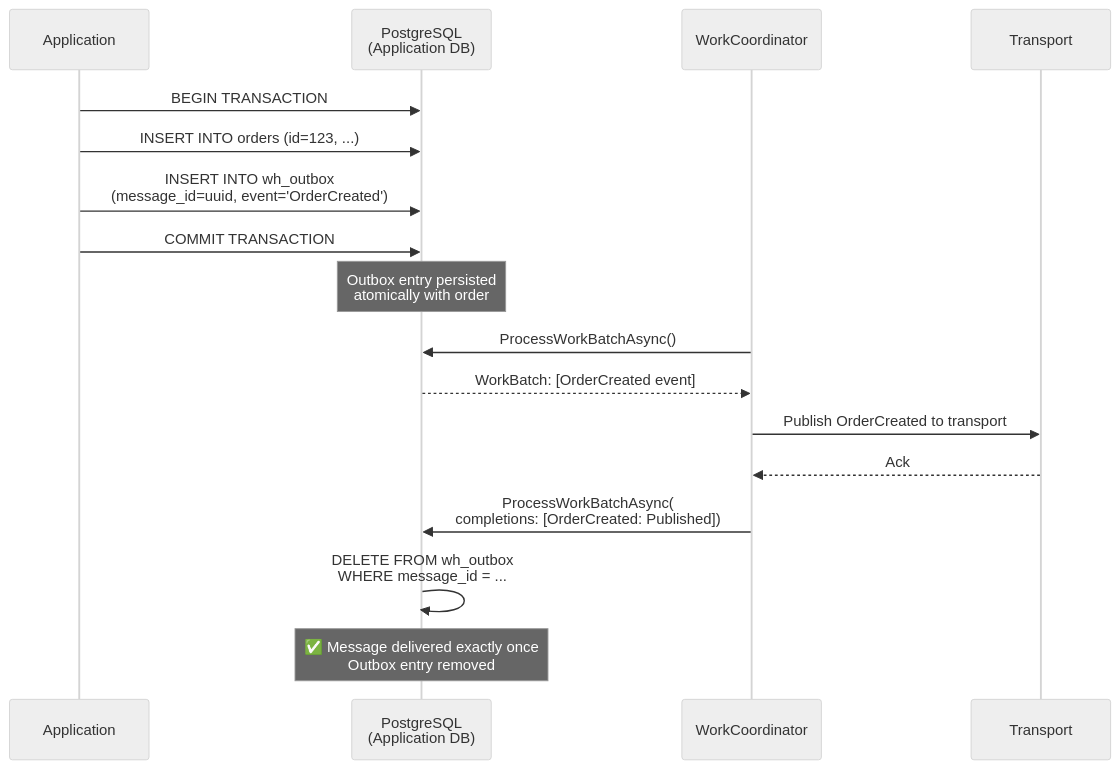
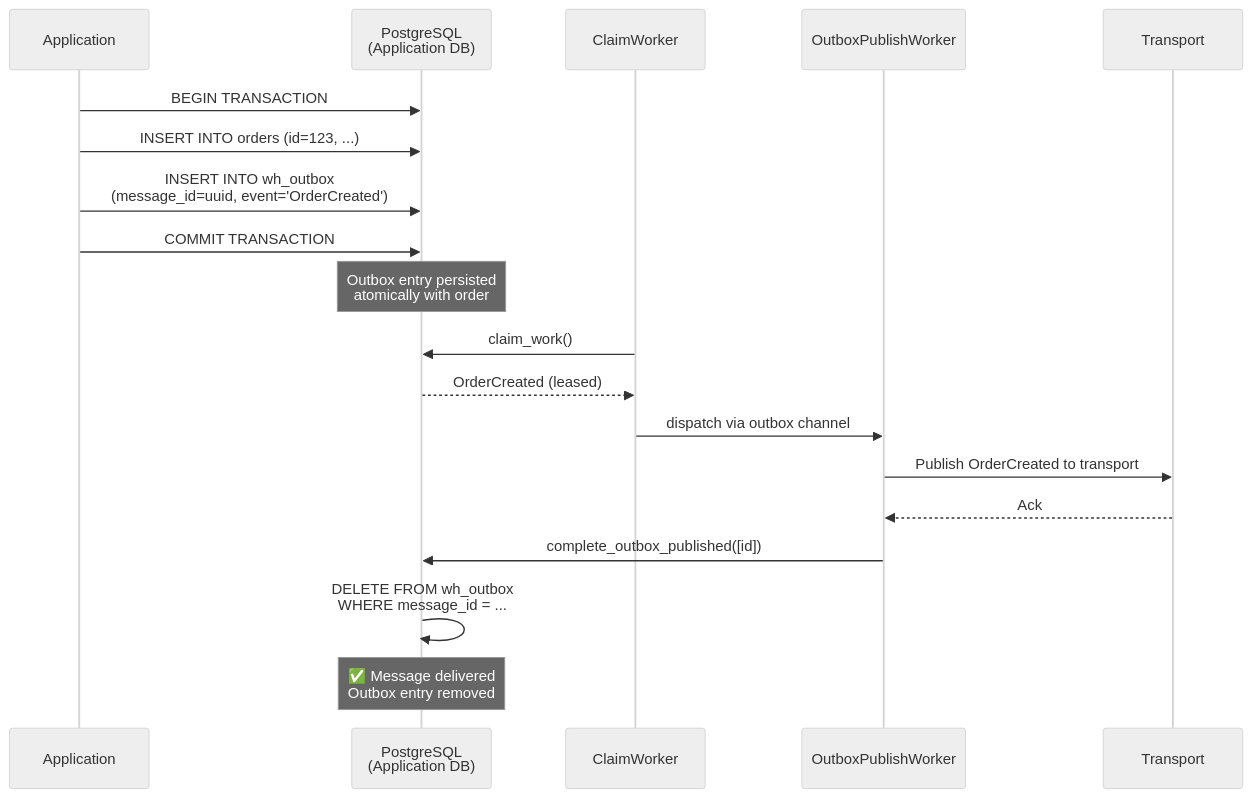
Before and after one commit to whizbang-lib/whizbang-lib.github.io: the third of 3 diagrams in src/assets/docs/v1.0.0/messaging/idempotency-patterns.md, drawn with Mermaid (neutral theme). The commit also changed other lines of this file and 14 other files, not shown here.

````diff
--- a/src/assets/docs/v1.0.0/messaging/idempotency-patterns.md
+++ b/src/assets/docs/v1.0.0/messaging/idempotency-patterns.md
@@ -273,25 +268,27 @@
 ```mermaid
 sequenceDiagram
     participant App as Application
     participant DB as PostgreSQL<br/>(Application DB)
-    participant WC as WorkCoordinator
+    participant CW as ClaimWorker
+    participant OPW as OutboxPublishWorker
     participant T as Transport
 
     App->>DB: BEGIN TRANSACTION
     App->>DB: INSERT INTO orders (id=123, ...)
     App->>DB: INSERT INTO wh_outbox<br/>(message_id=uuid, event='OrderCreated')
     App->>DB: COMMIT TRANSACTION
 
     Note over DB: Outbox entry persisted<br/>atomically with order
 
-    WC->>DB: ProcessWorkBatchAsync()
-    DB-->>WC: WorkBatch: [OrderCreated event]
+    CW->>DB: claim_work()
+    DB-->>CW: OrderCreated (leased)
+    CW->>OPW: dispatch via outbox channel
 
-    WC->>T: Publish OrderCreated to transport
-    T-->>WC: Ack
+    OPW->>T: Publish OrderCreated to transport
+    T-->>OPW: Ack
 
-    WC->>DB: ProcessWorkBatchAsync(<br/>completions: [OrderCreated: Published])
+    OPW->>DB: complete_outbox_published([id])
     DB->>DB: DELETE FROM wh_outbox<br/>WHERE message_id = ...
 
-    Note over DB: ✅ Message delivered exactly once<br/>Outbox entry removed
+    Note over DB: ✅ Message delivered<br/>Outbox entry removed
 ```
````
